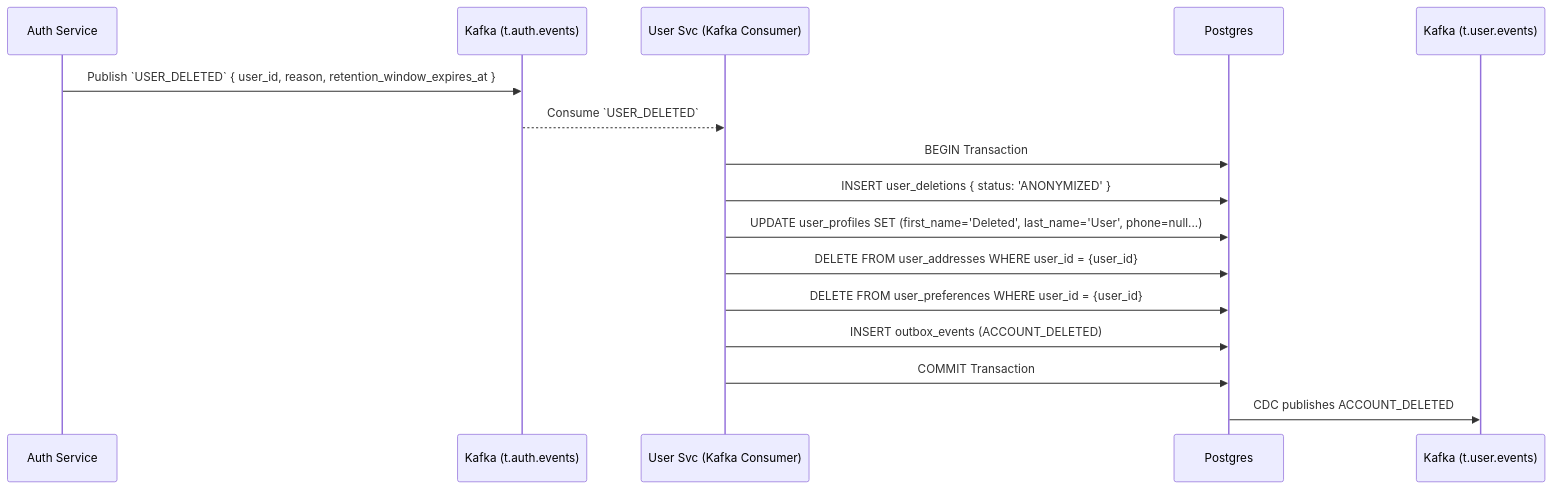
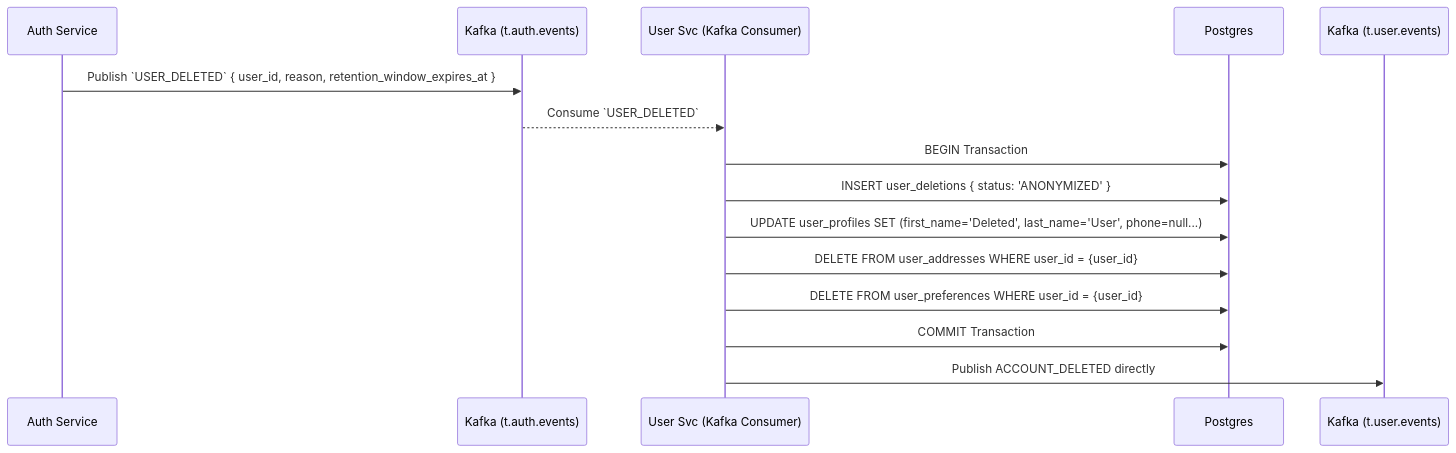
The tenth of 13 diagrams in docs/user/user_workflows.md (quangdung2110/e-commerce-microservices), drawn with Mermaid before and after one commit. The commit also changed other lines of this file and 3 other files, not shown here.

````diff
--- a/docs/user/user_workflows.md
+++ b/docs/user/user_workflows.md
@@ -297,19 +305,18 @@
 ```mermaid
 sequenceDiagram
     participant Auth as Auth Service
     participant Kafka as Kafka (t.auth.events)
     participant UserWorker as User Svc (Kafka Consumer)
     participant DB as Postgres
     participant KafkaOut as Kafka (t.user.events)
 
     Auth->>Kafka: Publish `USER_DELETED` { user_id, reason, retention_window_expires_at }
     Kafka-->>UserWorker: Consume `USER_DELETED`
     UserWorker->>DB: BEGIN Transaction
     UserWorker->>DB: INSERT user_deletions { status: 'ANONYMIZED' }
     UserWorker->>DB: UPDATE user_profiles SET (first_name='Deleted', last_name='User', phone=null...)
     UserWorker->>DB: DELETE FROM user_addresses WHERE user_id = {user_id}
     UserWorker->>DB: DELETE FROM user_preferences WHERE user_id = {user_id}
-    UserWorker->>DB: INSERT outbox_events (ACCOUNT_DELETED)
     UserWorker->>DB: COMMIT Transaction
-    DB->>KafkaOut: CDC publishes ACCOUNT_DELETED
+    UserWorker->>KafkaOut: Publish ACCOUNT_DELETED directly
 ```
````
